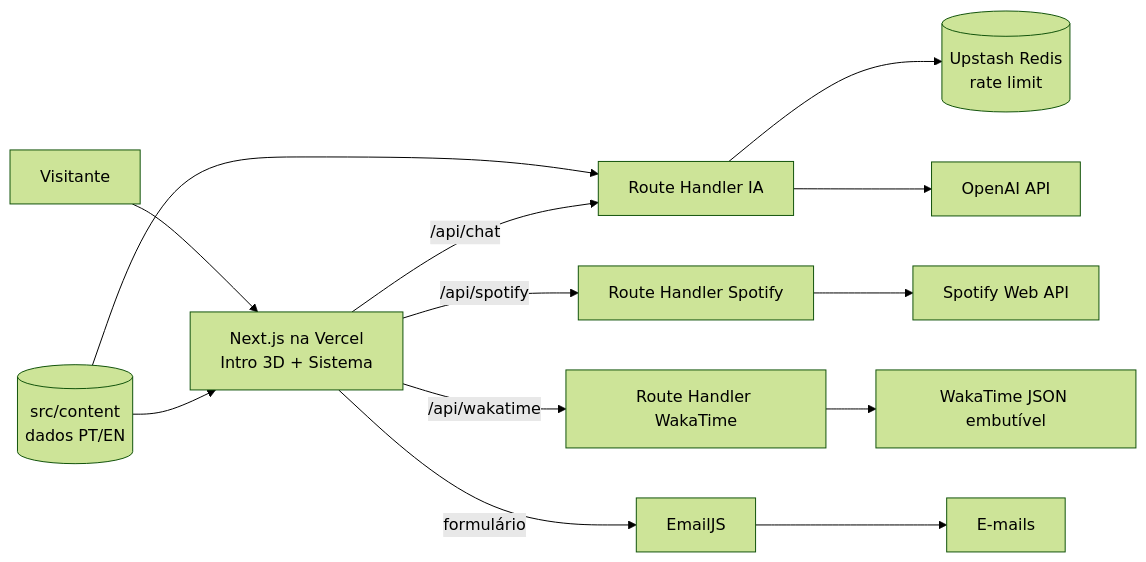
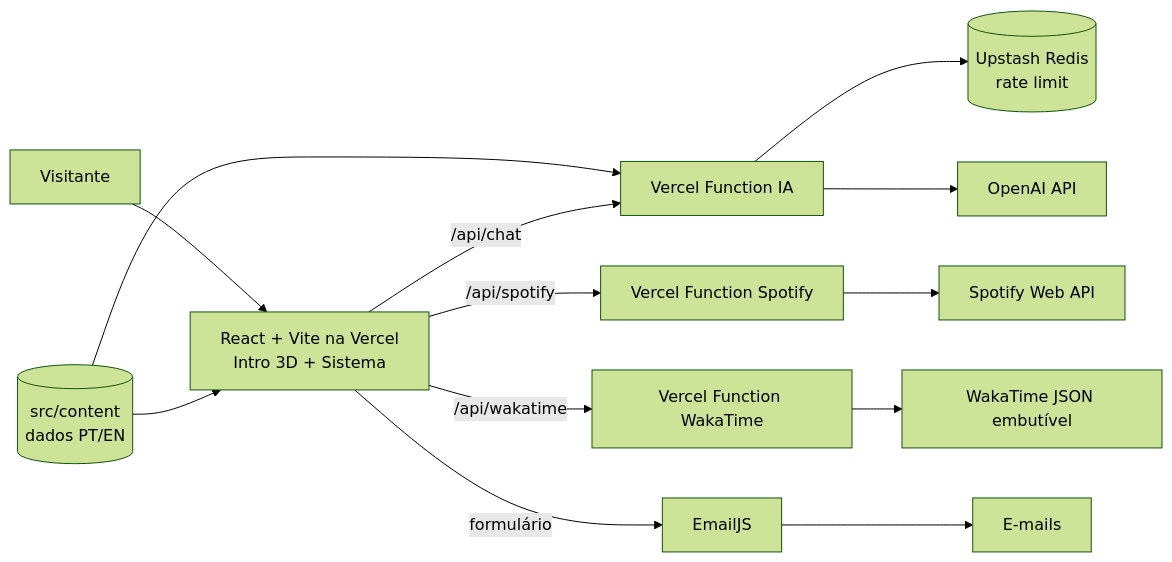
The diagram in docs/PROJETO.md (leonardoMartins-Dev/Portifolio-Pessoal), drawn with Mermaid (forest theme) before and after one commit. The commit also changed other lines of this file, not shown here.

First line of the commit message:
docs: registra na especificação a mudança de stack para React + Vite

````diff
--- a/docs/PROJETO.md
+++ b/docs/PROJETO.md
@@ -139,12 +148,12 @@
 ```mermaid
 flowchart LR
-  V[Visitante] --> FE["Next.js na Vercel<br/>Intro 3D + Sistema"]
+  V[Visitante] --> FE["React + Vite na Vercel<br/>Intro 3D + Sistema"]
   C[("src/content<br/>dados PT/EN")] --> FE
   C --> CHAT
-  FE -->|/api/chat| CHAT[Route Handler IA]
+  FE -->|/api/chat| CHAT[Vercel Function IA]
   CHAT --> RL[("Upstash Redis<br/>rate limit")]
   CHAT --> OAI[OpenAI API]
-  FE -->|/api/spotify| SP[Route Handler Spotify] --> SAPI[Spotify Web API]
-  FE -->|/api/wakatime| WK[Route Handler WakaTime] --> WAPI[WakaTime JSON embutível]
+  FE -->|/api/spotify| SP[Vercel Function Spotify] --> SAPI[Spotify Web API]
+  FE -->|/api/wakatime| WK[Vercel Function WakaTime] --> WAPI[WakaTime JSON embutível]
   FE -->|formulário| EJS[EmailJS] --> MAIL[E-mails]
 ```
````
